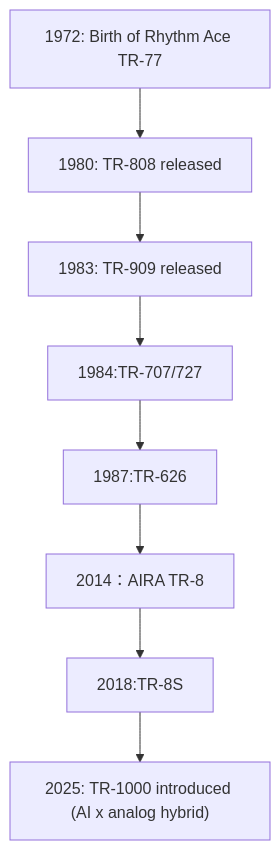
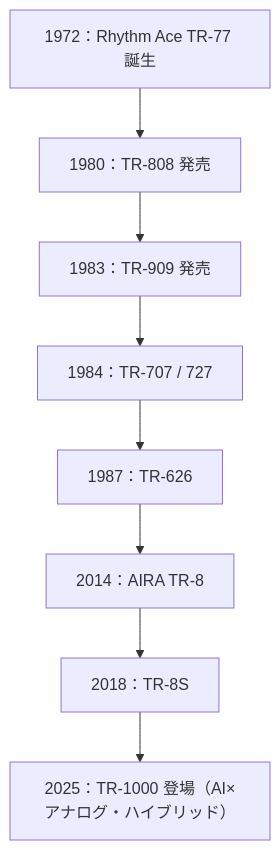
Before and after one commit to monumental-movement/monumental-movement.github.io: the diagram in en/_posts/2025-10-10-Colum-Roland-TR-1000.md, drawn with Mermaid. The commit also changed other lines of this file and 1701 other files, not shown here.

```diff
--- a/en/_posts/2025-10-10-Colum-Roland-TR-1000.md
+++ b/en/_posts/2025-10-10-Colum-Roland-TR-1000.md
@@ -148,15 +145,15 @@
 <div class="mermaid">
 
 flowchart TD
-A1972["1972: Birth of Rhythm Ace TR-77"]
-A1980["1980: TR-808 released"]
-A1983["1983: TR-909 released"]
-A1984["1984:TR-707/727"]
-A1987["1987:TR-626"]
-A2014["2014：AIRA TR-8"]
-A2018["2018:TR-8S"]
-A2025["2025: TR-1000 introduced (AI x analog hybrid)"]
+    A1972["1972：Rhythm Ace TR-77 誕生"]
+    A1980["1980：TR-808 発売"]
+    A1983["1983：TR-909 発売"]
+    A1984["1984：TR-707 / 727"]
+    A1987["1987：TR-626"]
+    A2014["2014：AIRA TR-8"]
+    A2018["2018：TR-8S"]
+    A2025["2025：TR-1000 登場（AI×アナログ・ハイブリッド）"]
 
-A1972 --> A1980 --> A1983 --> A1984 --> A1987 --> A2014 --> A2018 --> A2025
+    A1972 --> A1980 --> A1983 --> A1984 --> A1987 --> A2014 --> A2018 --> A2025
 
 </div>
```
